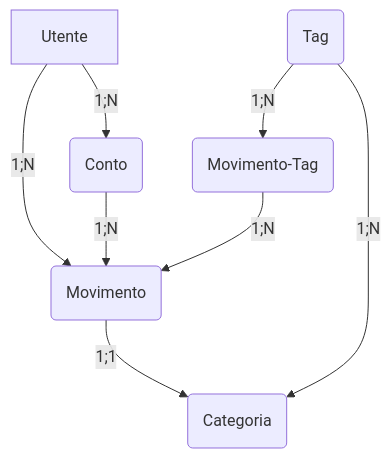
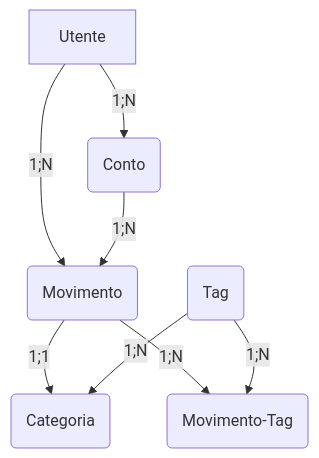
The second of 2 diagrams in Blog.md (StetoVillans/SV-ErMoneiTracher), drawn with Mermaid before and after one commit.

Commit message:
Docs: format doc

````diff
--- a/Blog.md
+++ b/Blog.md
@@ -292,10 +292,10 @@
 ``` mermaid
 flowchart TD
     A[Utente] -->|1;N| B(Movimento)
     A[Utente] -->|1;N| C(Conto)
     B --> |1;1| D(Categoria)
     C --> |1;N| B
-    F(Movimento-Tag) --> |1;N| B
+    B --> |1;N| F(Movimento-Tag)
     E(Tag) --> |1;N| F
     E --> |1;N| D
 ```
````
